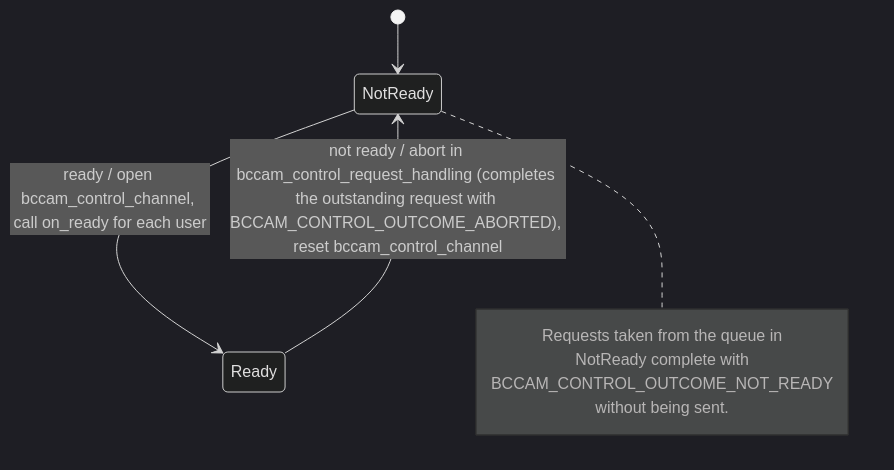
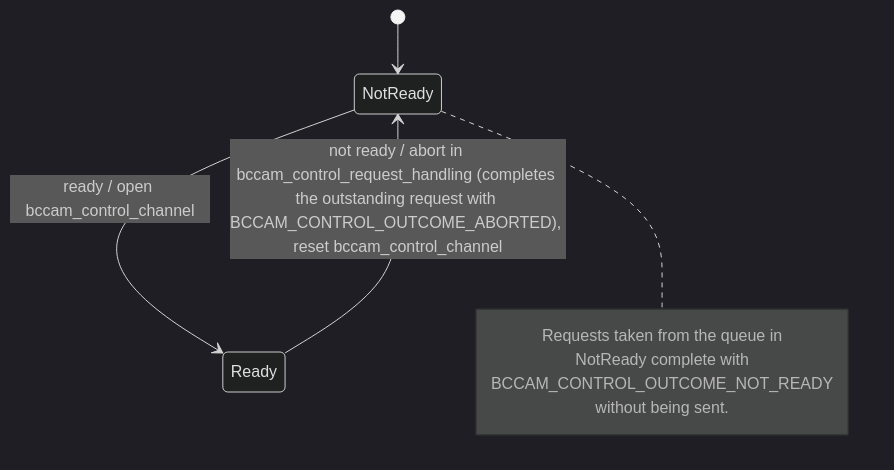
Before and after one commit to bitcraze/crazyflie-firmware: the fifth of 9 diagrams in docs/functional-areas/camera-deck-control.md, drawn with Mermaid (dark theme). The commit also changed other lines of this file, not shown here.

Commit message:
Drop on_ready function

````diff
--- a/docs/functional-areas/camera-deck-control.md
+++ b/docs/functional-areas/camera-deck-control.md
@@ -487,14 +481,14 @@
 ```mermaid
 stateDiagram-v2
     [*] --> NotReady
 
-    NotReady --> Ready : ready / open bccam_control_channel, call on_ready for each user
+    NotReady --> Ready : ready / open bccam_control_channel
     Ready --> NotReady : not ready / abort in bccam_control_request_handling (completes the outstanding request with BCCAM_CONTROL_OUTCOME_ABORTED), reset bccam_control_channel
 
     note right of NotReady
         Requests taken from the queue in
         NotReady complete with
         BCCAM_CONTROL_OUTCOME_NOT_READY
         without being sent.
     end note
 ```
````
